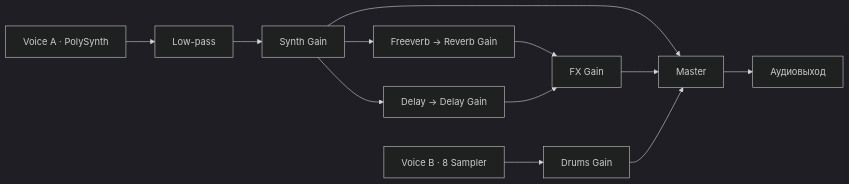
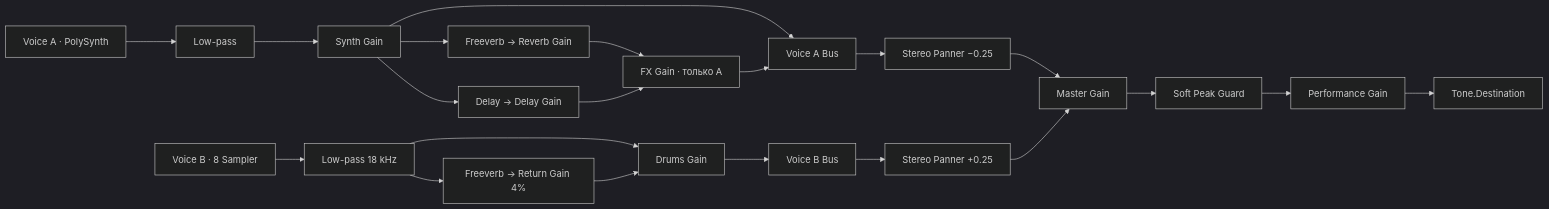
Before and after one commit to matveyabramov/duotone-mini: the diagram in README.md, drawn with Mermaid (dark theme). The commit also changed other lines of this file and 17 other files, not shown here.

````diff
--- a/README.md
+++ b/README.md
@@ -53,10 +41,14 @@
 ```mermaid
 flowchart LR
     A["Voice A · PolySynth"] --> F["Low-pass"] --> S["Synth Gain"]
-    S --> M["Master"]
-    S --> R["Freeverb → Reverb Gain"] --> FX["FX Gain"]
+    S --> AB["Voice A Bus"]
+    S --> R["Freeverb → Reverb Gain"] --> FX["FX Gain · только A"]
     S --> D["Delay → Delay Gain"] --> FX
-    FX --> M
-    B["Voice B · 8 Sampler"] --> G["Drums Gain"] --> M
-    M --> O["Аудиовыход"]
+    FX --> AB
+    AB --> AP["Stereo Panner −0.25"] --> M["Master Gain"]
+    B["Voice B · 8 Sampler"] --> BF["Low-pass 18 kHz"]
+    BF --> G["Drums Gain"]
+    BF --> BR["Freeverb → Return Gain 4%"] --> G
+    G --> BB["Voice B Bus"] --> BP["Stereo Panner +0.25"] --> M
+    M --> L["Soft Peak Guard"] --> P["Performance Gain"] --> O["Tone.Destination"]
 ```
````
